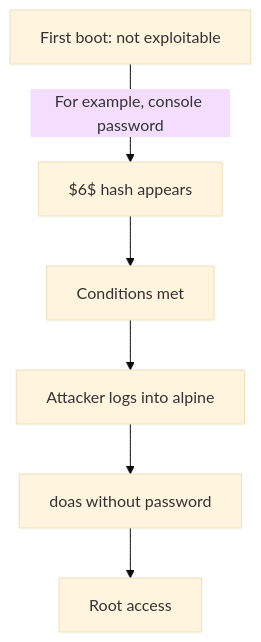
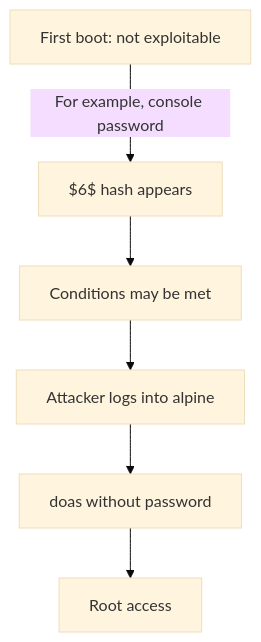
Before and after one commit to justmaocom/justmaocom.github.io: the second of 4 diagrams in _posts/en/2026-11-07-openssh-musl-password-bypass-alpine.md, drawn with Mermaid (base theme). The commit also changed other lines of this file and 8 other files, not shown here.

````diff
--- a/_posts/en/2026-11-07-openssh-musl-password-bypass-alpine.md
+++ b/_posts/en/2026-11-07-openssh-musl-password-bypass-alpine.md
@@ -85,8 +85,8 @@
 ```mermaid
 flowchart TD
   A["First boot: not exploitable"] -->|"For example, console password"| B["$6$ hash appears"]
-  B --> C[Conditions met]
+  B --> C[Conditions may be met]
   C --> D[Attacker logs into alpine]
   D --> E[doas without password]
   E --> F[Root access]
 ```
````
